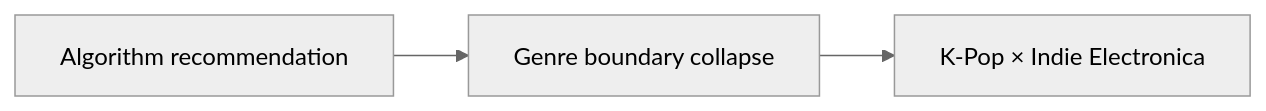
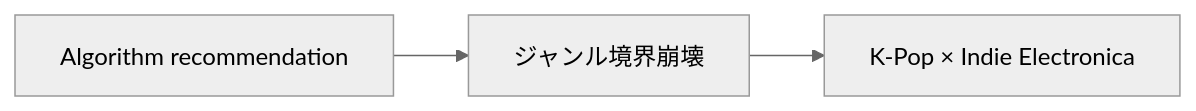
Diagram 15 of 17 in en/_posts/2026-05-24-column-k-pop-indie-electronica.md (monumental-movement/monumental-movement.github.io), drawn with Mermaid (neutral theme) before and after one commit. The commit also changed other lines of this file and 2196 other files, not shown here.

```diff
--- a/en/_posts/2026-05-24-column-k-pop-indie-electronica.md
+++ b/en/_posts/2026-05-24-column-k-pop-indie-electronica.md
@@ -484,5 +484,5 @@
 <div class="mermaid">
 flowchart LR
-A["Algorithm recommendation"] --> B["Genre boundary collapse"]
+A["Algorithm recommendation"] --> B["ジャンル境界崩壊"]
 B --> C["K-Pop × Indie Electronica"]
 </div>
```
